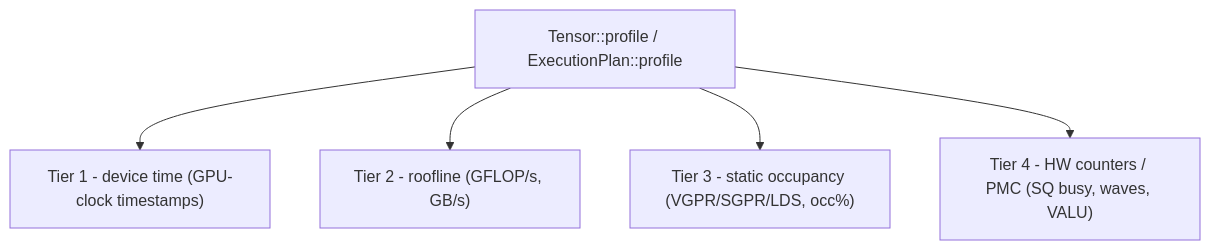
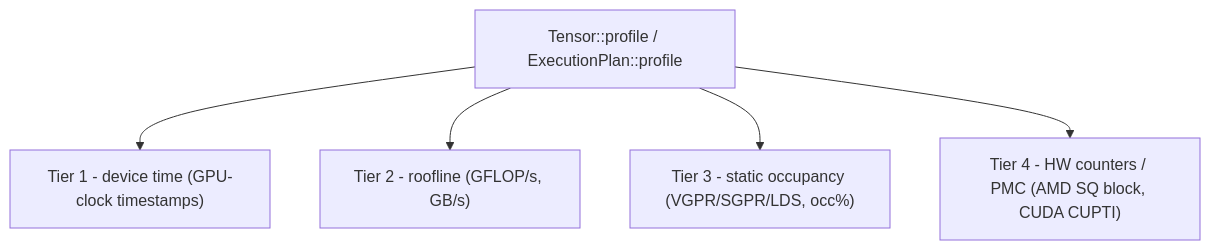
One commit to npatsakula/morok changed the diagram in website/docs/tile-kernels/profiling.md. Above: the diagram before and after it, drawn with Mermaid. The commit also changed other lines of this file and 12 other files, not shown here.

First line of the commit message:
[*] docs: CUDA hardware counters, and a standalone CUPTI probe

````diff
--- a/website/docs/tile-kernels/profiling.md
+++ b/website/docs/tile-kernels/profiling.md
@@ -31,7 +31,7 @@
 ```mermaid
 flowchart TD
   P["Tensor::profile / ExecutionPlan::profile"] --> T1["Tier 1 - device time (GPU-clock timestamps)"]
   P --> T2["Tier 2 - roofline (GFLOP/s, GB/s)"]
   P --> T3["Tier 3 - static occupancy (VGPR/SGPR/LDS, occ%)"]
-  P --> T4["Tier 4 - HW counters / PMC (SQ busy, waves, VALU)"]
+  P --> T4["Tier 4 - HW counters / PMC (AMD SQ block, CUDA CUPTI)"]
 ```
````
